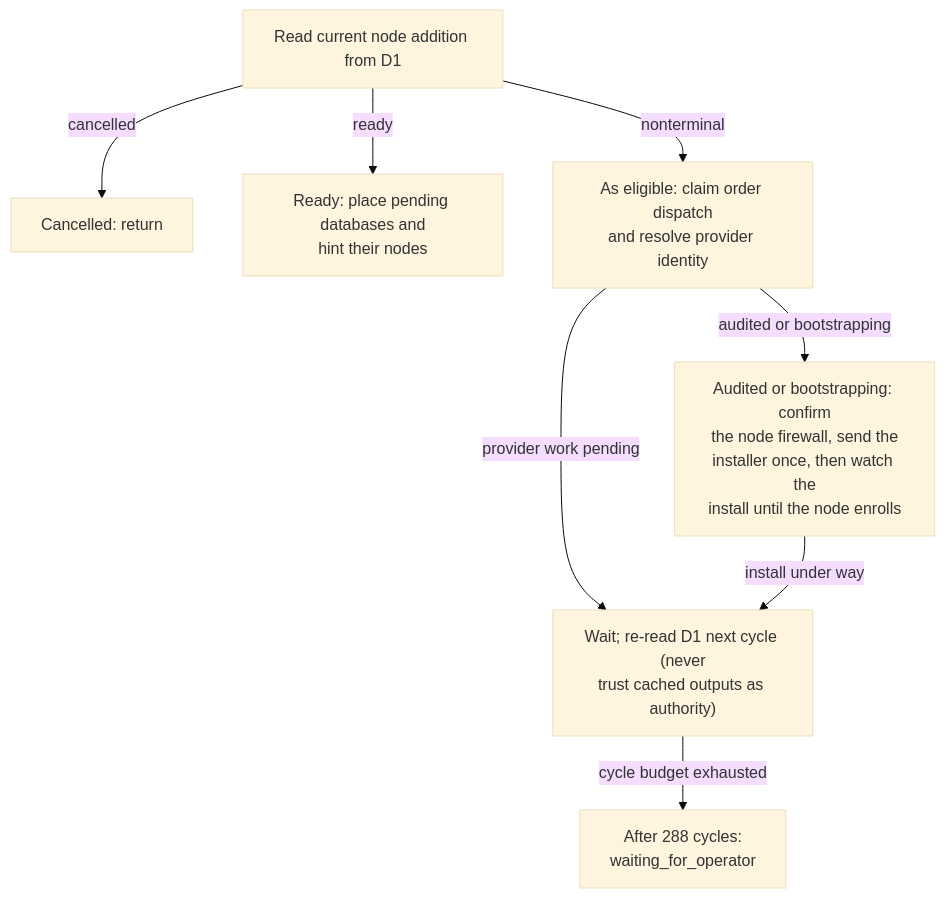
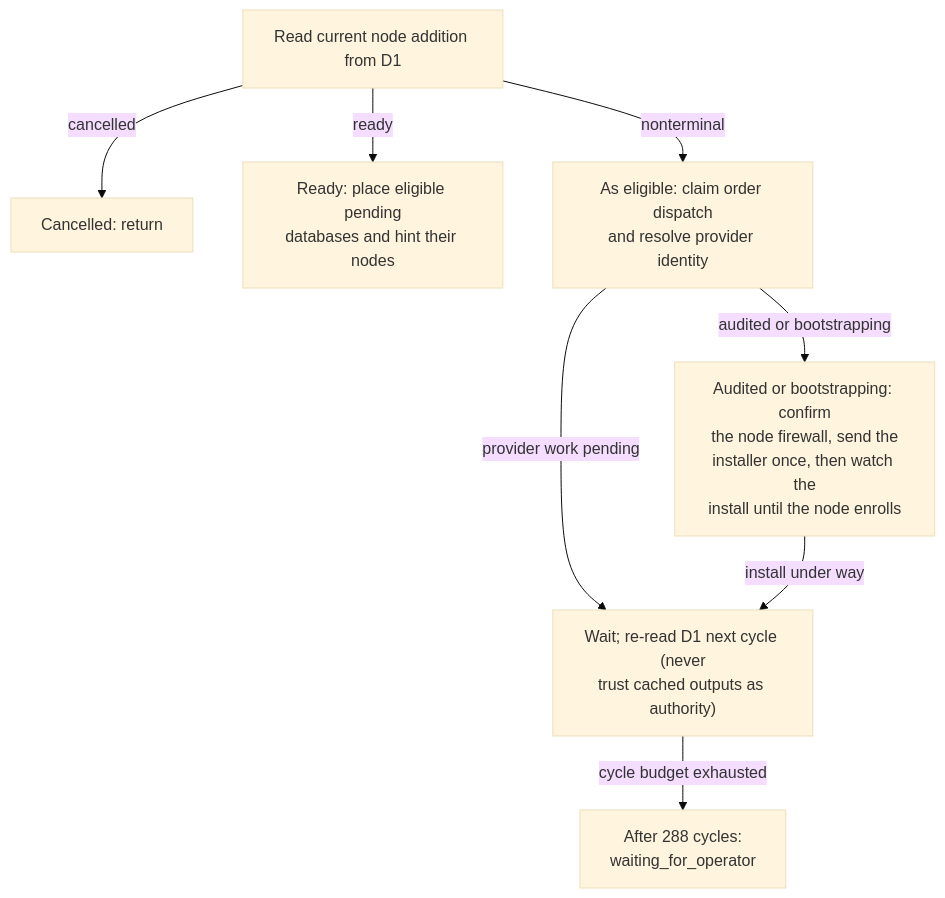
The diagram in docs/architecture/mermaider/add-node.mmd (amerged-org/cloudflare-postgres), drawn with Mermaid (base theme) before and after one commit. The commit also changed 119 other files, not shown here.

```diff
--- a/docs/architecture/mermaider/add-node.mmd
+++ b/docs/architecture/mermaider/add-node.mmd
@@ -1,15 +1,15 @@
 flowchart TD
     n_98d16e133cfc["Read current node addition from D1"]
     n_05cae6515ea2["Cancelled: return"]
-    n_f6c7e8a30e85["Ready: place pending databases and<br/>hint their nodes"]
+    n_f6c7e8a30e85["Ready: place eligible pending<br/>databases and hint their nodes"]
     n_a67701fc2401["As eligible: claim order dispatch<br/>and resolve provider identity"]
     n_d893dc3cbbc2["Audited or bootstrapping: confirm<br/>the node firewall, send the<br/>installer once, then watch the<br/>install until the node enrolls"]
     n_8092c49190cf["Wait; re-read D1 next cycle (never<br/>trust cached outputs as authority)"]
     n_83212f141b4e["After 288 cycles:<br/>waiting_for_operator"]
     n_98d16e133cfc -->|"cancelled"| n_05cae6515ea2
     n_98d16e133cfc -->|"ready"| n_f6c7e8a30e85
     n_98d16e133cfc -->|"nonterminal"| n_a67701fc2401
     n_a67701fc2401 -->|"audited or bootstrapping"| n_d893dc3cbbc2
     n_a67701fc2401 -->|"provider work pending"| n_8092c49190cf
     n_8092c49190cf -->|"cycle budget exhausted"| n_83212f141b4e
     n_d893dc3cbbc2 -->|"install under way"| n_8092c49190cf
```
